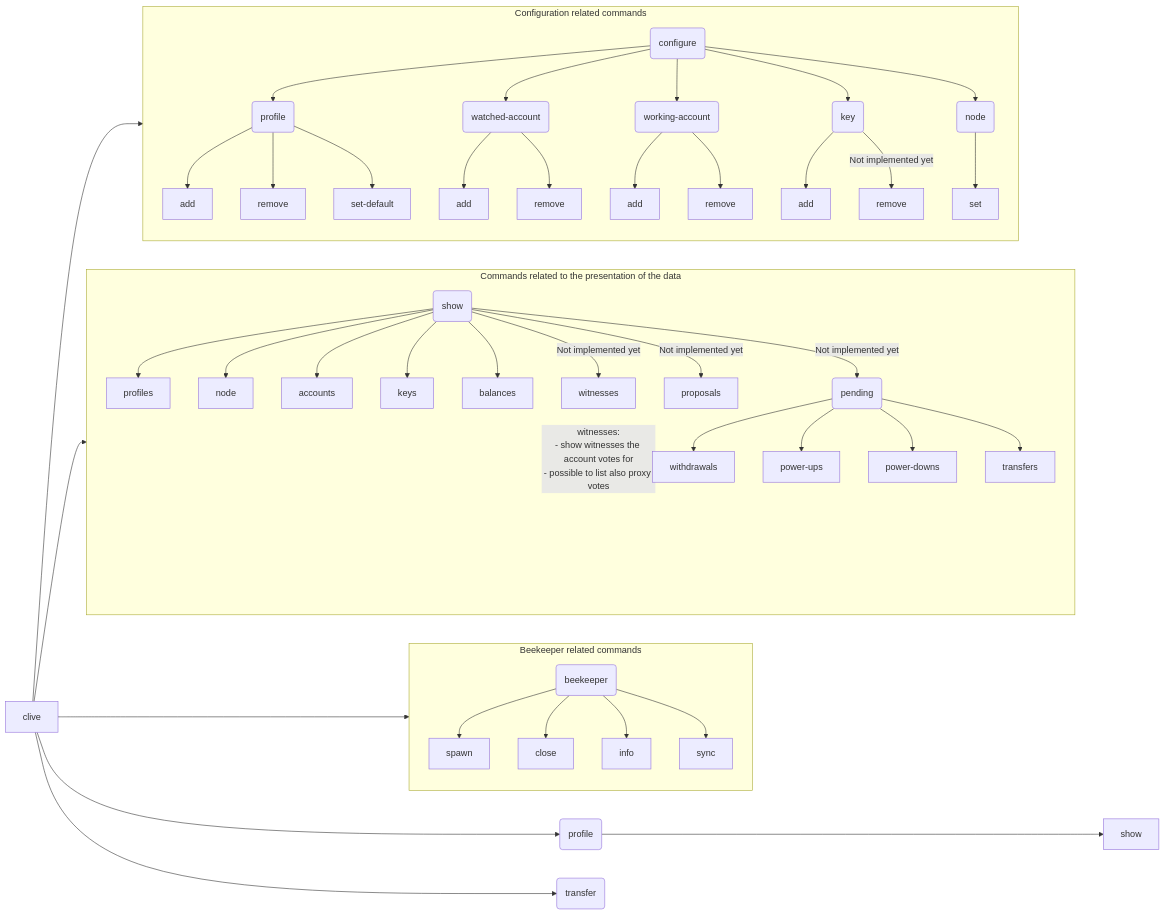
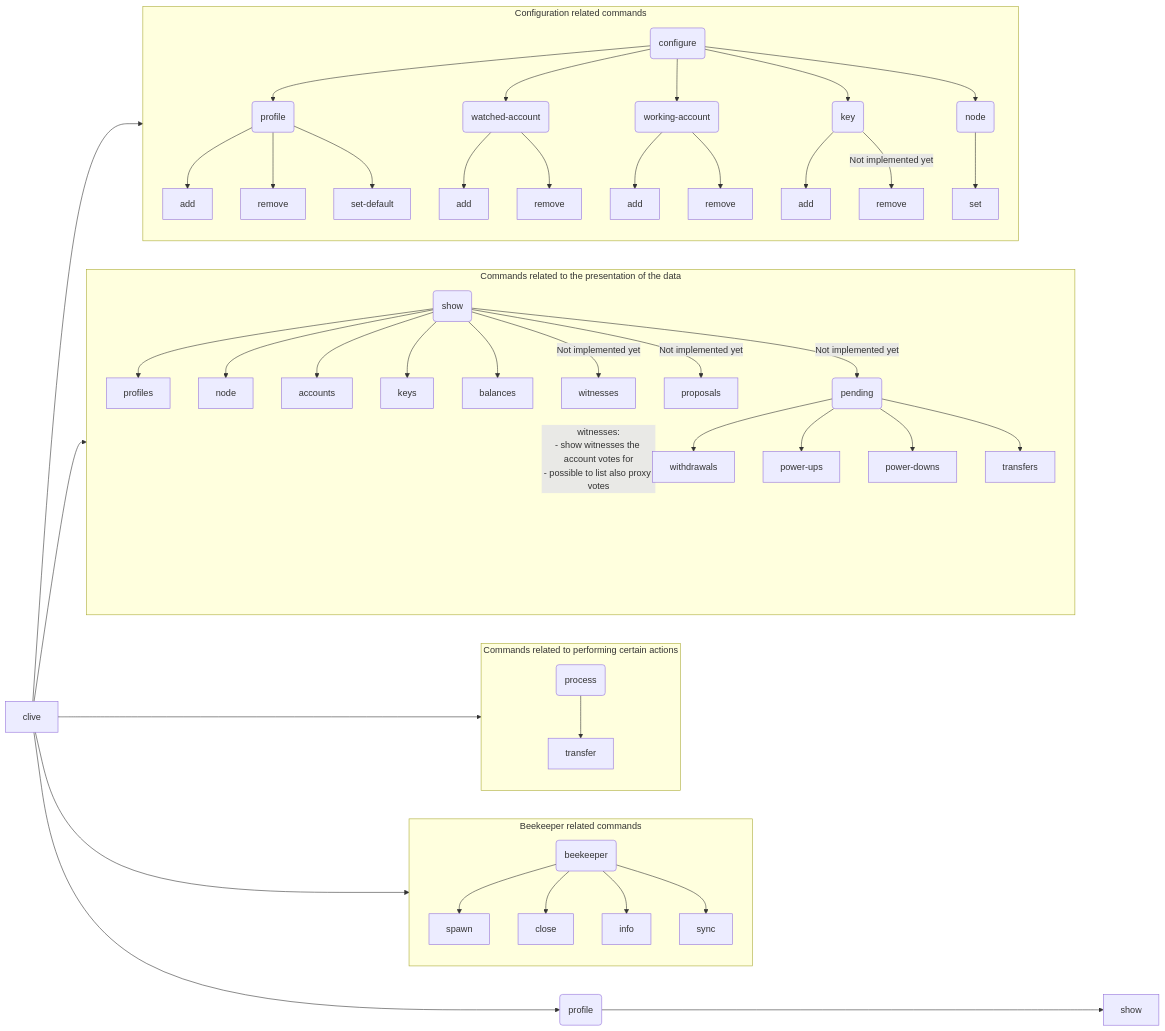
One commit to openhive-network/clive changed the diagram in clive/__private/cli/commands_structure.md. Above: the diagram before and after it, drawn with Mermaid. The commit also changed 5 other files, not shown here.

Commit message:
Move and rename the `process transfer` command

````diff
--- a/clive/__private/cli/commands_structure.md
+++ b/clive/__private/cli/commands_structure.md
@@ -16,62 +16,66 @@
 ```mermaid
 flowchart LR
     Clive[clive] --> Configuration
     Clive --> Presentation
+    Clive --> Processing
     Clive --> BeekeeperRelated
 
     subgraph BeekeeperRelated[Beekeeper related commands]
         Beekeeper(beekeeper) --> BeekeeperSpawn[spawn]
         Beekeeper --> BeekeeperClose[close]
         Beekeeper --> BeekeeperInfo[info]
         Beekeeper --> BeekeeperSync[sync]
+    end
+
+   subgraph Processing[Commands related to performing certain actions]
+        Process(process) --> Transfer[transfer]
     end
 
     subgraph Presentation[Commands related to the presentation of the data]
         Show(show) --> ShowProfiles[profiles]
 
         Show --> ShowNode[node]
 
         Show --> ShowAccounts[accounts]
 
         Show --> ShowKeys[keys]
 
         Show --> ShowBalances[balances]
 
         Show -->|"Not implemented yet"| ShowWitnesses[witnesses]
         ShowWitnesses ~~~|"witnesses:<br>- show witnesses the account votes for<br>- possible to list also proxy votes"| ShowWitnesses
 
         Show -->|"Not implemented yet"| ShowProposals[proposals]
 
         Show -->|"Not implemented yet"| ShowPending(pending)
         ShowPending --> ShowPendingTransferFromSavings[withdrawals]
         ShowPending --> ShowPendingPowerUps[power-ups]
         ShowPending --> ShowPendingPowerDowns[power-downs]
         ShowPending --> ShowPendingRecurrentTransfers[transfers]
     end
 
     subgraph Configuration[Configuration related commands]
         Configure(configure) --> ConfigureProfile(profile)
         ConfigureProfile --> CreateProfile[add]
         ConfigureProfile --> DeleteProfile[remove]
         ConfigureProfile --> SetDefaultProfile[set-default]
 
         Configure --> ConfigureWatchedAccount(watched-account)
         ConfigureWatchedAccount --> AddWatchedAccount[add]
         ConfigureWatchedAccount --> RemoveWatchedAccount[remove]
 
         Configure --> ConfigureWorkingAccount(working-account)
         ConfigureWorkingAccount --> AddWorkingAccount[add]
         ConfigureWorkingAccount --> RemoveWorkingAccount[remove]
 
         Configure --> ConfigureKey(key)
         ConfigureKey --> AddKey[add]
         ConfigureKey -->|"Not implemented yet"| RemoveKey[remove]
 
         Configure --> ConfigureNode(node)
         ConfigureNode --> SetNode[set]
     end
 
     Clive --> Profile(profile)
     Profile --> ProfileShow[show]
-    Clive --> Transfer(transfer)
 ```
````
